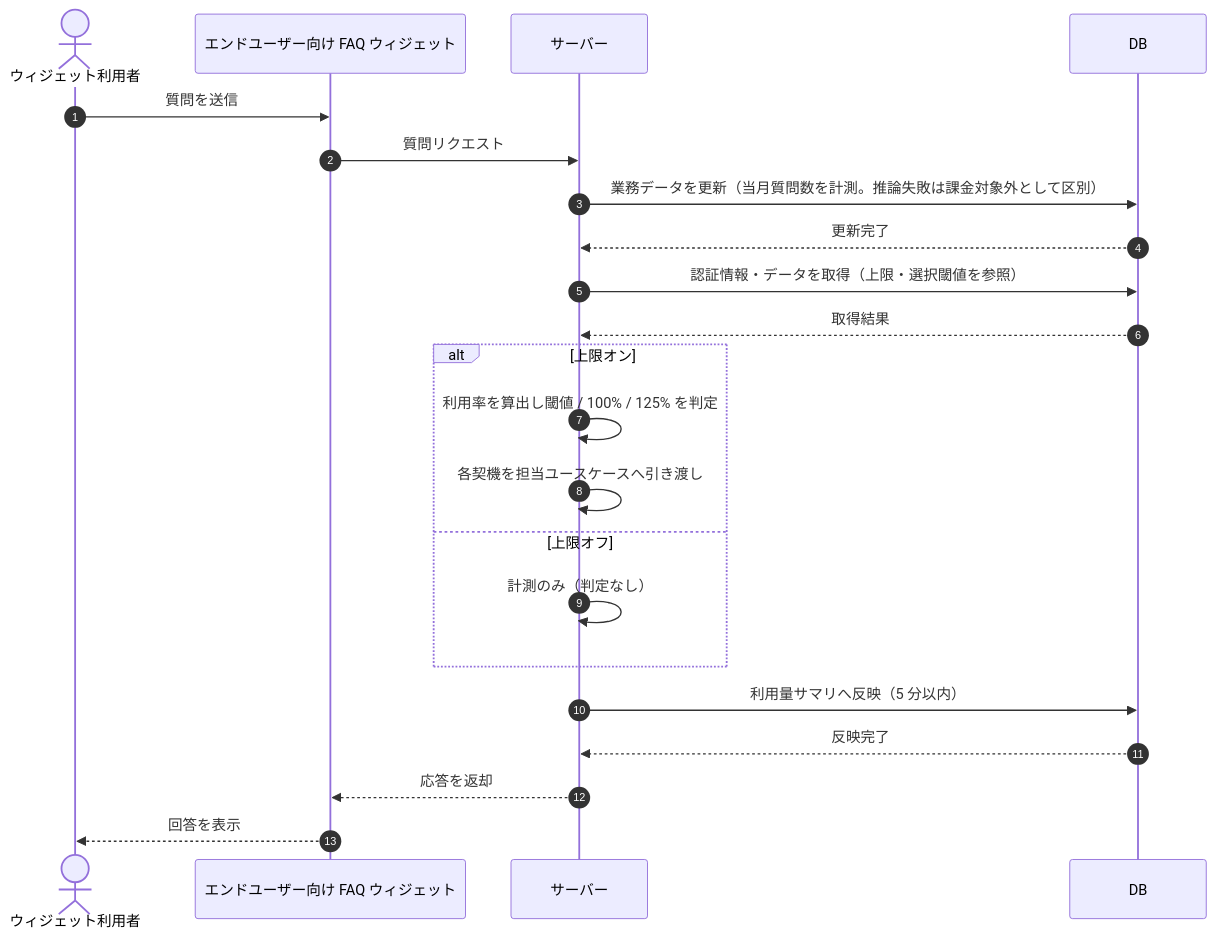
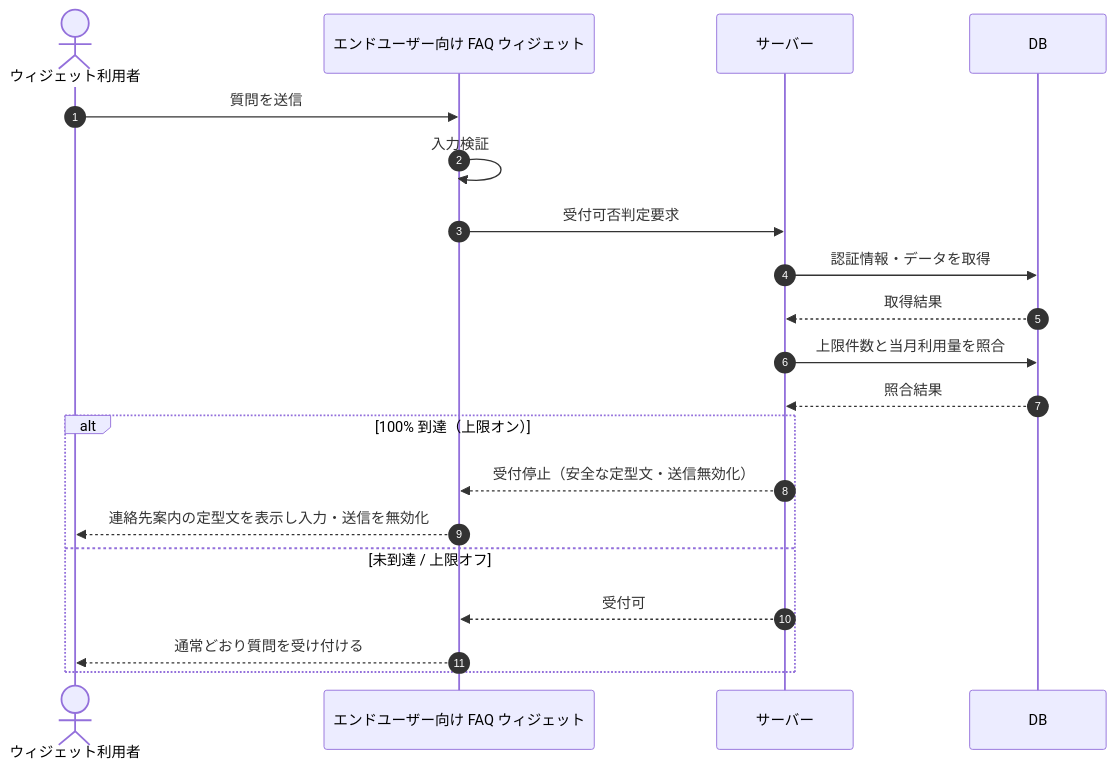
One commit to sikakou54/open-faq changed the diagram in 02_basic_design/03_sequences/SEQ-097.md. Above: the diagram before and after it, drawn with Mermaid. The commit also changed other lines of this file and 99 other files, not shown here.

````diff
--- a/02_basic_design/03_sequences/SEQ-097.md
+++ b/02_basic_design/03_sequences/SEQ-097.md
@@ -25,24 +25,22 @@
 ```mermaid
 sequenceDiagram
   autonumber
   actor U as ウィジェット利用者
   participant Screen as エンドユーザー向け FAQ ウィジェット
   participant Server as サーバー
   participant DB as DB
   U->>Screen: 質問を送信
-  Screen->>Server: 質問リクエスト
-  Server->>DB: 業務データを更新（当月質問数を計測。推論失敗は課金対象外として区別）
-  DB-->>Server: 更新完了
-  Server->>DB: 認証情報・データを取得（上限・選択閾値を参照）
+  Screen->>Screen: 入力検証
+  Screen->>Server: 受付可否判定要求
+  Server->>DB: 認証情報・データを取得
   DB-->>Server: 取得結果
-  alt 上限オン
-    Server->>Server: 利用率を算出し閾値 / 100% / 125% を判定
-    Server->>Server: 各契機を担当ユースケースへ引き渡し
-  else 上限オフ
-    Server->>Server: 計測のみ（判定なし）
+  Server->>DB: 上限件数と当月利用量を照合
+  DB-->>Server: 照合結果
+  alt 100% 到達（上限オン）
+    Server-->>Screen: 受付停止（安全な定型文・送信無効化）
+    Screen-->>U: 連絡先案内の定型文を表示し入力・送信を無効化
+  else 未到達 / 上限オフ
+    Server-->>Screen: 受付可
+    Screen-->>U: 通常どおり質問を受け付ける
   end
-  Server->>DB: 利用量サマリへ反映（5 分以内）
-  DB-->>Server: 反映完了
-  Server-->>Screen: 応答を返却
-  Screen-->>U: 回答を表示
 ```
````
